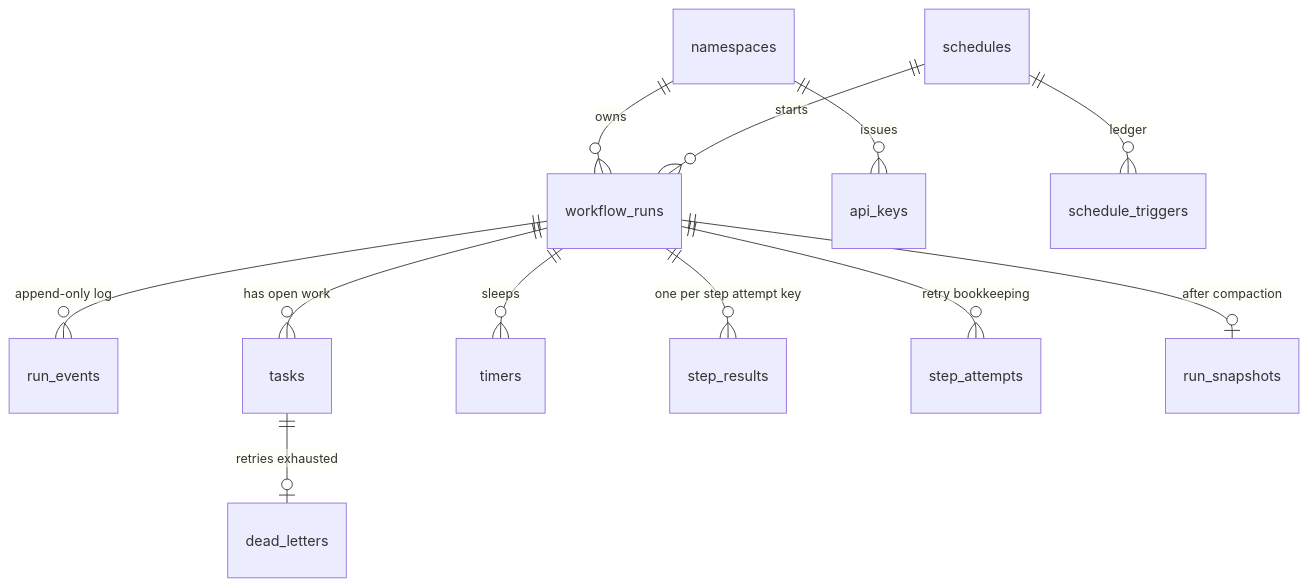
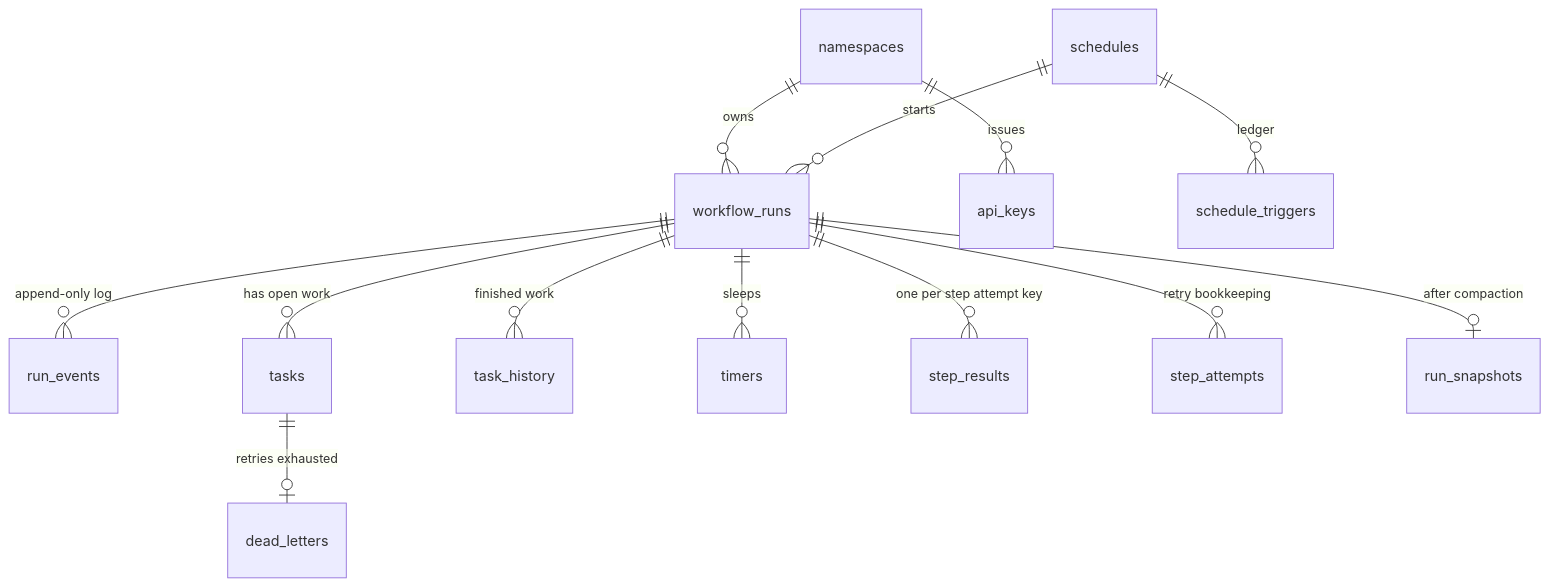
One commit to utkutvskin/durable-execution-engine changed the second of 3 diagrams in docs/ARCHITECTURE.md. Above: the diagram before and after it, drawn with Mermaid. The commit also changed other lines of this file and 4 other files, not shown here.

Commit message:
docs: retention, task history and the dequeue lane estimate

````diff
--- a/docs/ARCHITECTURE.md
+++ b/docs/ARCHITECTURE.md
@@ -29,14 +29,15 @@
 ```mermaid
 erDiagram
   namespaces ||--o{ workflow_runs : owns
   namespaces ||--o{ api_keys : issues
   workflow_runs ||--o{ run_events : "append-only log"
   workflow_runs ||--o{ tasks : "has open work"
+  workflow_runs ||--o{ task_history : "finished work"
   workflow_runs ||--o{ timers : sleeps
   workflow_runs ||--o{ step_results : "one per step attempt key"
   workflow_runs ||--o{ step_attempts : "retry bookkeeping"
   workflow_runs ||--o| run_snapshots : "after compaction"
   tasks ||--o| dead_letters : "retries exhausted"
   schedules ||--o{ schedule_triggers : "ledger"
   schedules ||--o{ workflow_runs : starts
 ```
````
